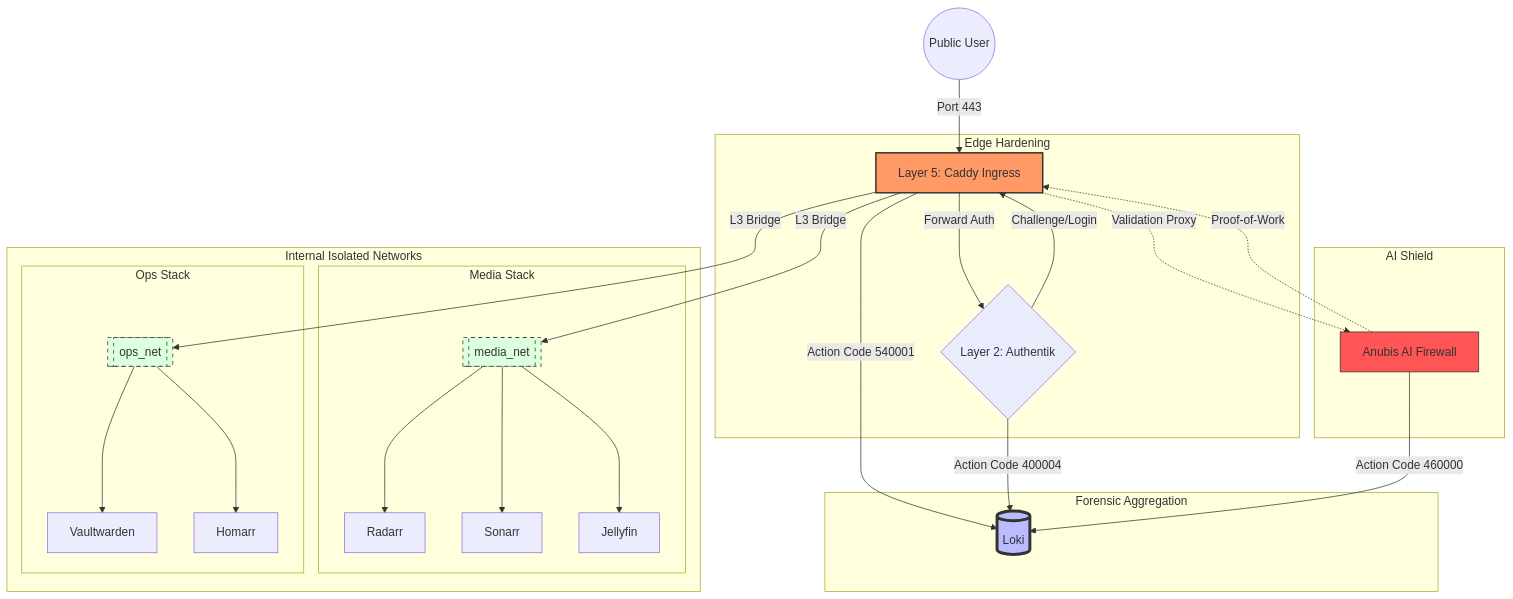
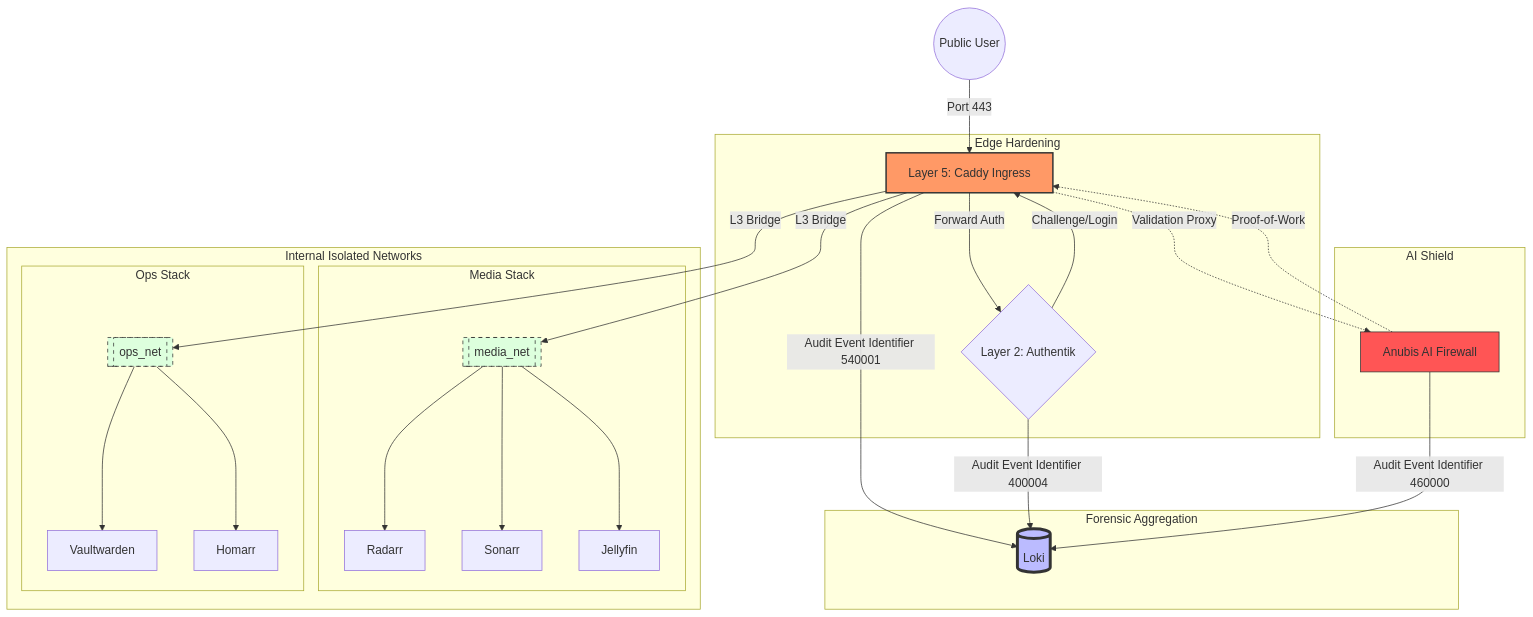
Before and after one commit to allaunthefox/deploy-system-unified: the diagram in docs/architecture/NETWORK_TOPOLOGY.md, drawn with Mermaid. The commit also changed other lines of this file and 55 other files, not shown here.

````diff
--- a/docs/architecture/NETWORK_TOPOLOGY.md
+++ b/docs/architecture/NETWORK_TOPOLOGY.md
@@ -5,42 +5,42 @@
 ```mermaid
 graph TD
     User((Public User)) -->|Port 443| Caddy[Layer 5: Caddy Ingress]
     
     subgraph "Edge Hardening"
         Caddy -->|Forward Auth| Auth{Layer 2: Authentik}
         Auth -->|Challenge/Login| Caddy
     end
 
     subgraph "AI Shield"
         Caddy -.->|Validation Proxy| Anubis[Anubis AI Firewall]
         Anubis -.->|Proof-of-Work| Caddy
     end
 
     subgraph "Internal Isolated Networks"
         Caddy -->|L3 Bridge| MediaNet[[media_net]]
         Caddy -->|L3 Bridge| OpsNet[[ops_net]]
         
         subgraph "Media Stack"
             MediaNet --> Radarr[Radarr]
             MediaNet --> Sonarr[Sonarr]
             MediaNet --> Jellyfin[Jellyfin]
         end
 
         subgraph "Ops Stack"
             OpsNet --> Vault[Vaultwarden]
             OpsNet --> Homarr[Homarr]
         end
     end
 
     subgraph "Forensic Aggregation"
-        Caddy -->|Action Code 540001| Loki[(Loki)]
-        Auth -->|Action Code 400004| Loki
-        Anubis -->|Action Code 460000| Loki
+        Caddy -->|Audit Event Identifier 540001| Loki[(Loki)]
+        Auth -->|Audit Event Identifier 400004| Loki
+        Anubis -->|Audit Event Identifier 460000| Loki
     end
 
     style Caddy fill:#f96,stroke:#333,stroke-width:2px
     style Anubis fill:#f55,stroke:#333
     style MediaNet fill:#dfd,stroke:#333,stroke-dasharray: 5 5
     style OpsNet fill:#dfd,stroke:#333,stroke-dasharray: 5 5
     style Loki fill:#bbf,stroke:#333,stroke-width:4px
 ```
````
